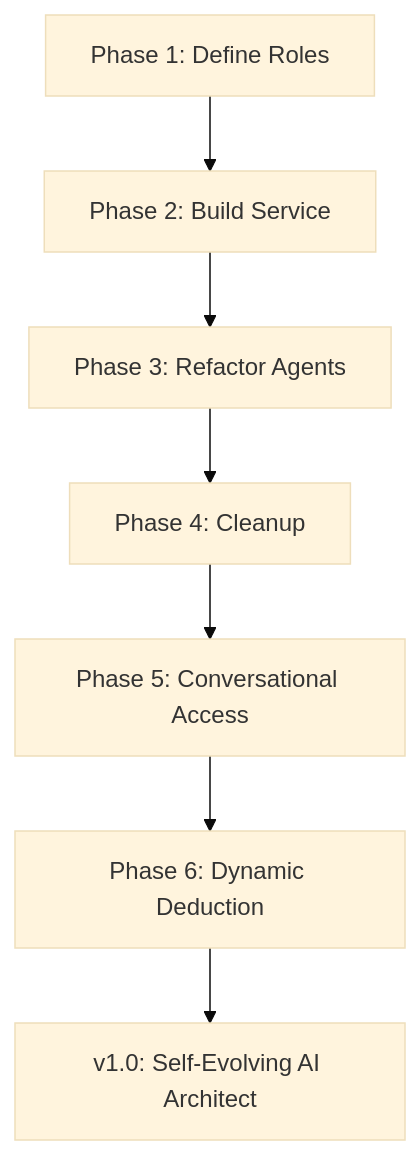
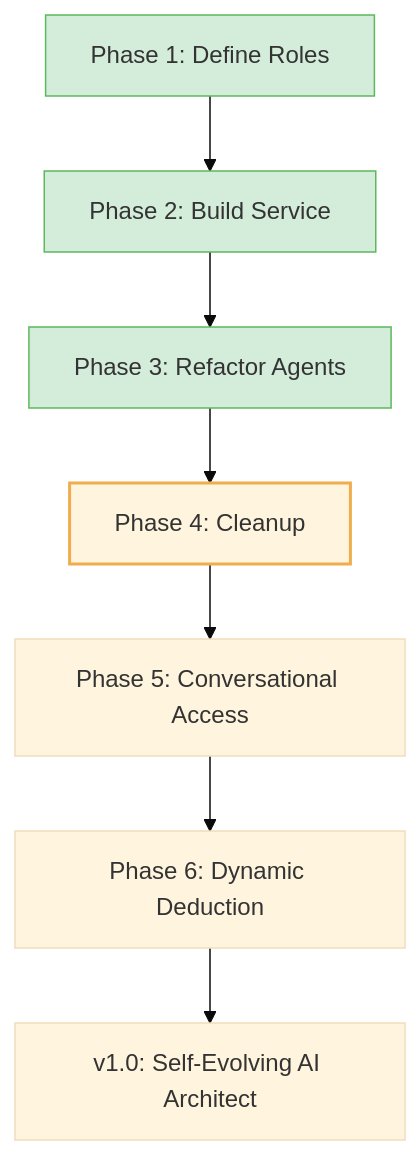
The diagram in docs/04_ROADMAP.md (DariuszNewecki/CORE), drawn with Mermaid (base theme) before and after one commit. The commit also changed other lines of this file and 2 other files, not shown here.

Commit message:
refactor(core): Complete Phase 4 cleanup by removing obsolete client

````diff
--- a/docs/04_ROADMAP.md
+++ b/docs/04_ROADMAP.md
@@ -45,9 +46,17 @@
 ```mermaid
 graph TD
-    A[Phase 1: Define Roles] --> B[Phase 2: Build Service]
-    B --> C[Phase 3: Refactor Agents]
-    C --> D[Phase 4: Cleanup]
-    D --> E[Phase 5: Conversational Access]
-    E --> F[Phase 6: Dynamic Deduction]
-    F --> G[v1.0: Self-Evolving AI Architect]
+    A[Phase 1: Define Roles]
+    B[Phase 2: Build Service]
+    C[Phase 3: Refactor Agents]
+    D[Phase 4: Cleanup]
+    E[Phase 5: Conversational Access]
+    F[Phase 6: Dynamic Deduction]
+    G[v1.0: Self-Evolving AI Architect]
+
+    A --> B --> C --> D --> E --> F --> G
+
+    style A fill:#d4edda,stroke:#5cb85c
+    style B fill:#d4edda,stroke:#5cb85c
+    style C fill:#d4edda,stroke:#5cb85c
+    style D stroke:#f0ad4e,stroke-width:2px
 ```
````
